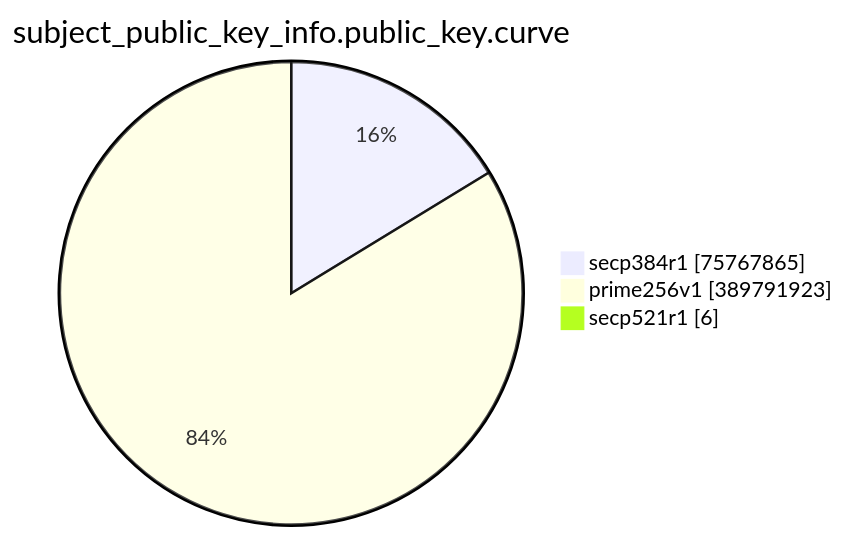
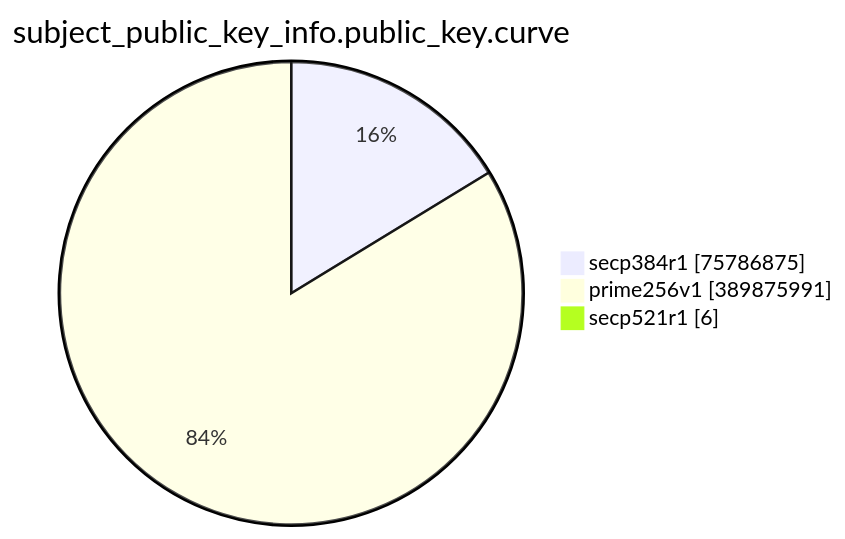
One commit to christiankrug/ctmonitor_visualization changed the eighth of 15 diagrams in TOTAL/README.md. Above: the diagram before and after it, drawn with Mermaid. The commit also changed other lines of this file, not shown here.

````diff
--- a/TOTAL/README.md
+++ b/TOTAL/README.md
@@ -3094,7 +3094,7 @@
 ```mermaid
 pie showData
 title subject_public_key_info.public_key.curve
-"secp384r1" :75767865
-"prime256v1" :389791923
+"secp384r1" :75786875
+"prime256v1" :389875991
 "secp521r1" :6
 ```
````
